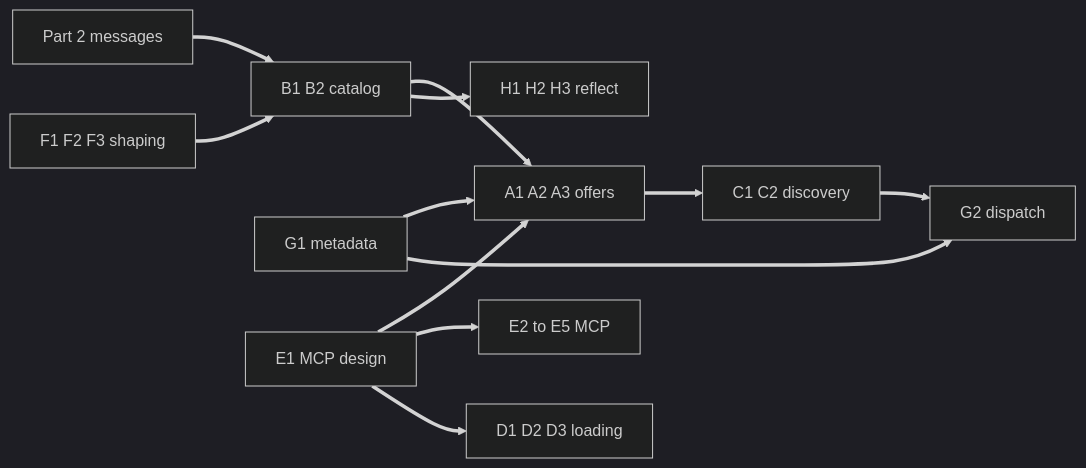
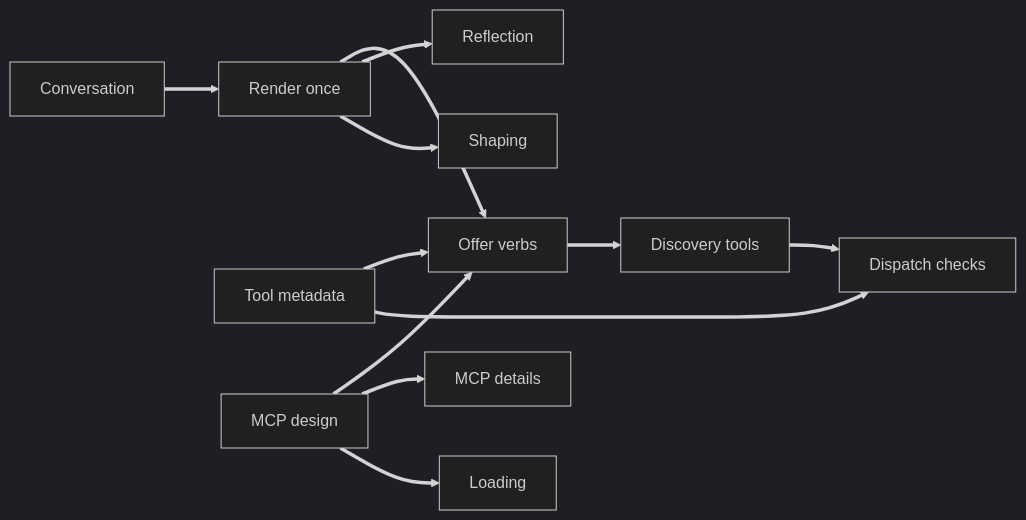
One commit to cppalliance/runvil-design changed the sixth of 6 diagrams in research/2026-10-20-dynamic-tools-offering-reflection.md. Above: the diagram before and after it, drawn with Mermaid (dark theme). The commit also changed other lines of this file, not shown here.

````diff
--- a/research/2026-10-20-dynamic-tools-offering-reflection.md
+++ b/research/2026-10-20-dynamic-tools-offering-reflection.md
@@ -1147,14 +1045,14 @@
 ```mermaid
 flowchart LR
-    P2[Part 2 messages] ==> B[B1 B2 catalog]
-    G1[G1 metadata] ==> A[A1 A2 A3 offers]
-    B ==> A
-    A ==> C[C1 C2 discovery]
-    G1 ==> G2[G2 dispatch]
-    C ==> G2
-    E1[E1 MCP design] ==> A
-    E1 ==> E[E2 to E5 MCP]
-    E1 ==> D[D1 D2 D3 loading]
-    F[F1 F2 F3 shaping] ==> B
-    B ==> H[H1 H2 H3 reflect]
+    CV[Conversation] ==> RC[Render once]
+    MD[Tool metadata] ==> OF[Offer verbs]
+    RC ==> OF
+    OF ==> DS[Discovery tools]
+    MD ==> DP[Dispatch checks]
+    DS ==> DP
+    MC[MCP design] ==> OF
+    MC ==> MX[MCP details]
+    MC ==> LD[Loading]
+    RC ==> RF[Reflection]
+    RC ==> SH[Shaping]
 ```
````
